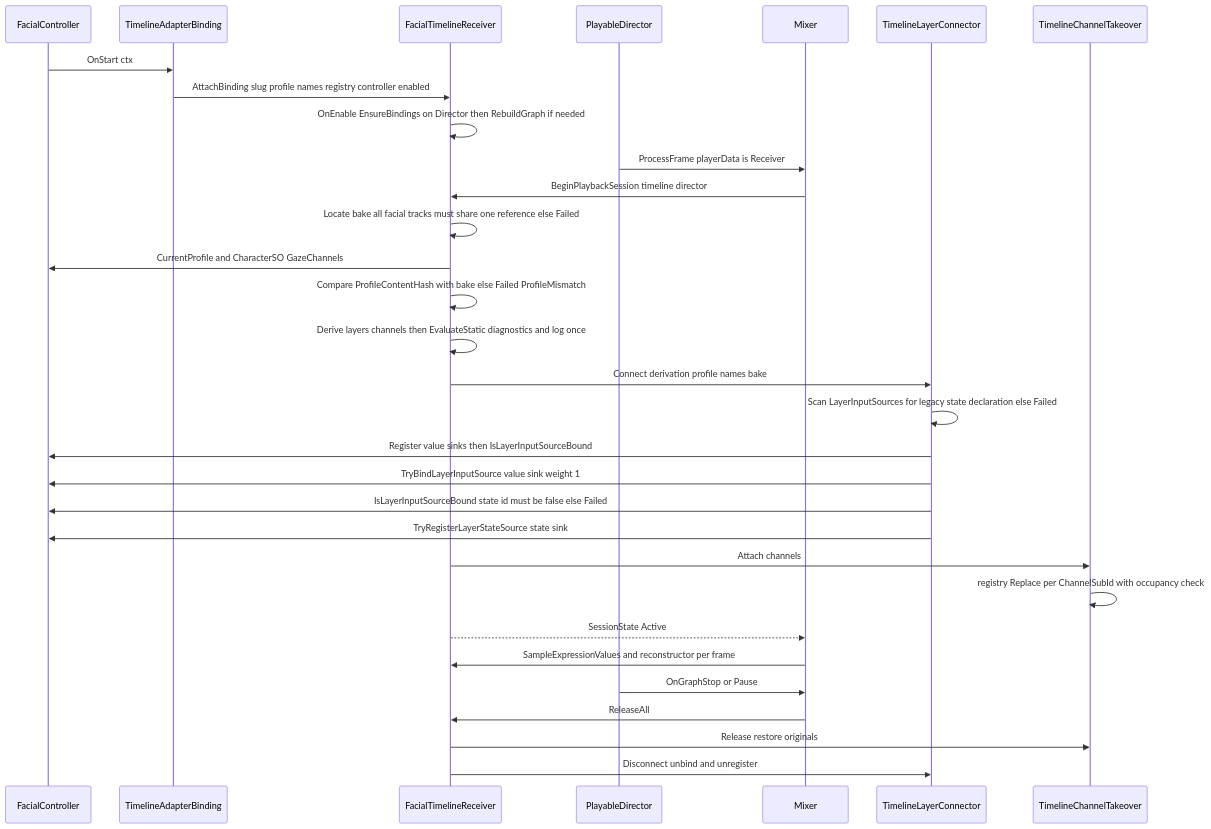
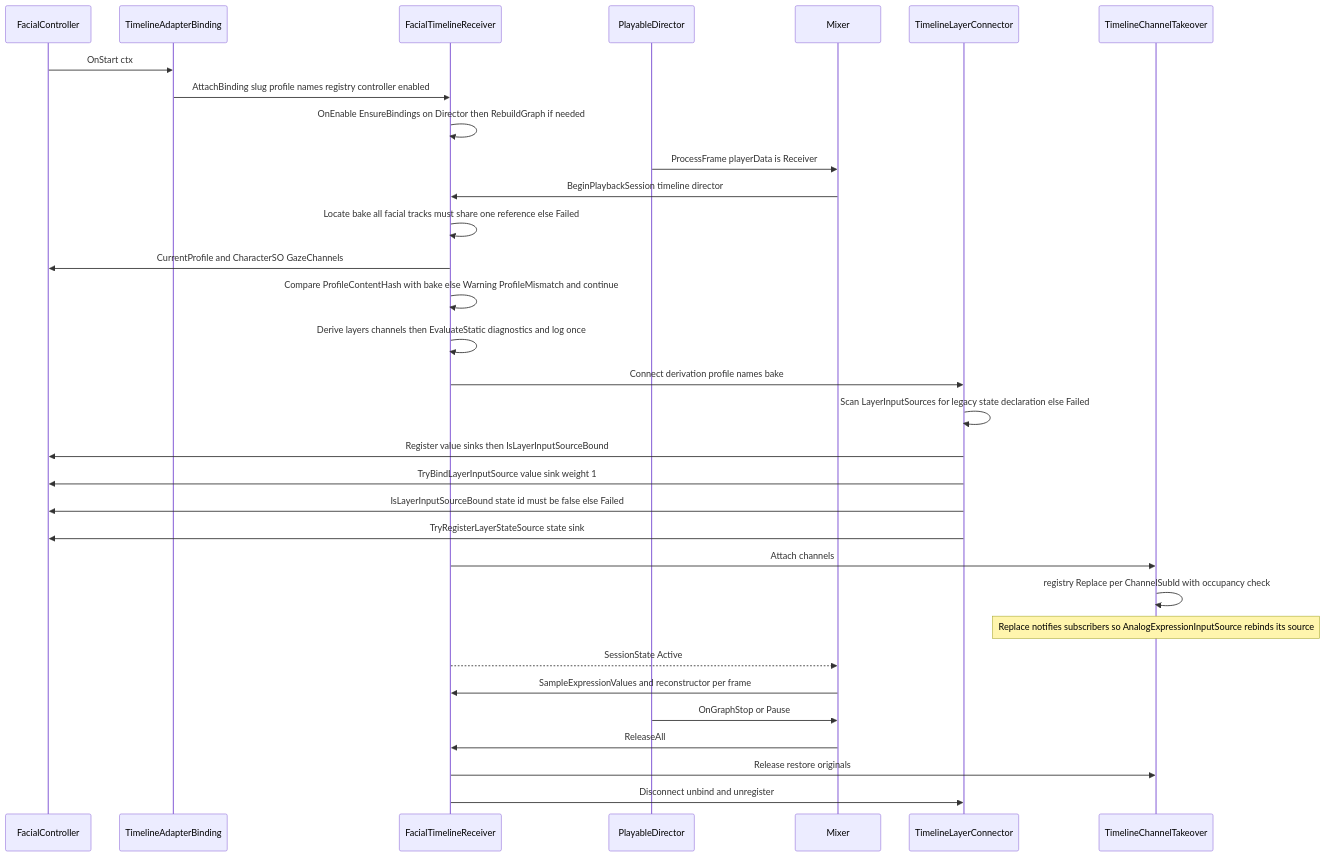
Before and after one commit to Hidano-Dev/FacialControl: the second of 5 diagrams in .kiro/specs/timeline-playback-ux/design.md, drawn with Mermaid. The commit also changed other lines of this file and 2 other files, not shown here.

First line of the commit message:
timeline-playback-ux の design を validate-design 2 回目の指摘で改訂 (HID-144)

````diff
--- a/.kiro/specs/timeline-playback-ux/design.md
+++ b/.kiro/specs/timeline-playback-ux/design.md
@@ -297,34 +322,35 @@
 ```mermaid
 sequenceDiagram
     participant FC as FacialController
     participant B as TimelineAdapterBinding
     participant R as FacialTimelineReceiver
     participant D as PlayableDirector
     participant M as Mixer
     participant C as TimelineLayerConnector
     participant T as TimelineChannelTakeover
 
     FC->>B: OnStart ctx
     B->>R: AttachBinding slug profile names registry controller enabled
     R->>R: OnEnable EnsureBindings on Director then RebuildGraph if needed
     D->>M: ProcessFrame playerData is Receiver
     M->>R: BeginPlaybackSession timeline director
     R->>R: Locate bake all facial tracks must share one reference else Failed
     R->>FC: CurrentProfile and CharacterSO GazeChannels
-    R->>R: Compare ProfileContentHash with bake else Failed ProfileMismatch
+    R->>R: Compare ProfileContentHash with bake else Warning ProfileMismatch and continue
     R->>R: Derive layers channels then EvaluateStatic diagnostics and log once
     R->>C: Connect derivation profile names bake
     C->>C: Scan LayerInputSources for legacy state declaration else Failed
     C->>FC: Register value sinks then IsLayerInputSourceBound
     C->>FC: TryBindLayerInputSource value sink weight 1
     C->>FC: IsLayerInputSourceBound state id must be false else Failed
     C->>FC: TryRegisterLayerStateSource state sink
     R->>T: Attach channels
     T->>T: registry Replace per ChannelSubId with occupancy check
+    Note over T: Replace notifies subscribers so AnalogExpressionInputSource rebinds its source
     R-->>M: SessionState Active
     M->>R: SampleExpressionValues and reconstructor per frame
     D->>M: OnGraphStop or Pause
     M->>R: ReleaseAll
     R->>T: Release restore originals
     R->>C: Disconnect unbind and unregister
 ```
````
